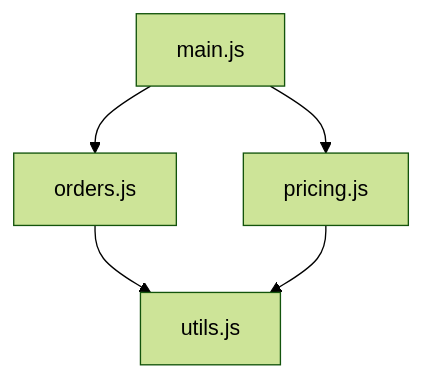
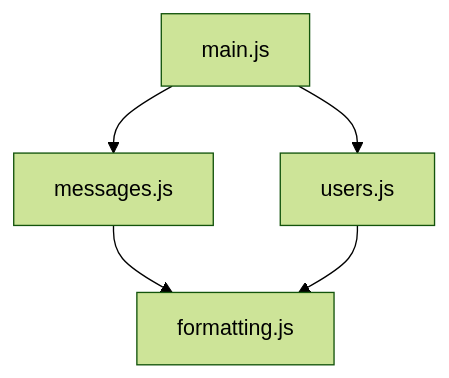
One commit to Episk-pos/DevFoundry changed the first of 4 diagrams in website/docs/architectural-views.md. Above: the diagram before and after it, drawn with Mermaid (forest theme). The commit also changed other lines of this file and 153 other files, not shown here.

````diff
--- a/website/docs/architectural-views.md
+++ b/website/docs/architectural-views.md
@@ -90,12 +90,12 @@
 ```mermaid
 graph TB
     main[main.js]
-    orders[orders.js]
-    pricing[pricing.js]
-    utils[utils.js]
+    messages[messages.js]
+    users[users.js]
+    formatting[formatting.js]
 
-    main --> orders
-    main --> pricing
-    orders --> utils
-    pricing --> utils
+    main --> messages
+    main --> users
+    messages --> formatting
+    users --> formatting
 ```
````
